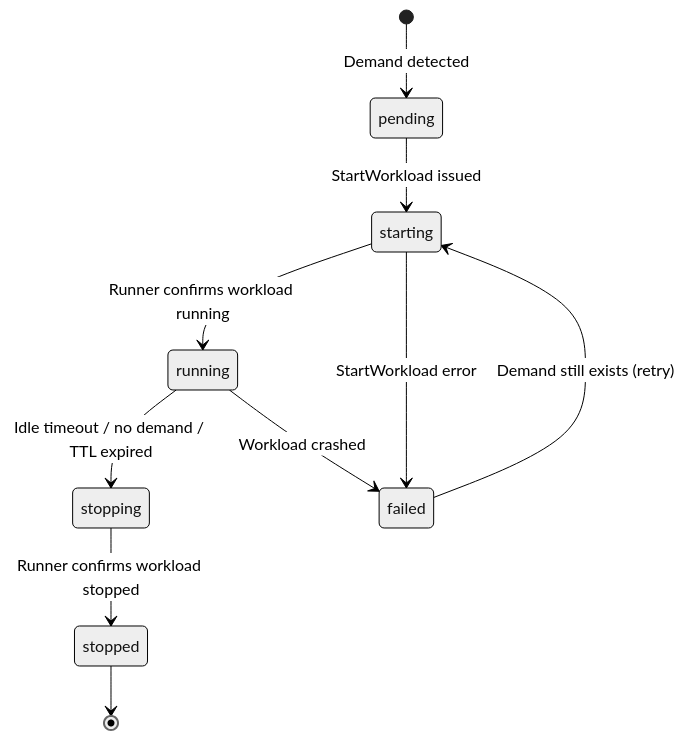
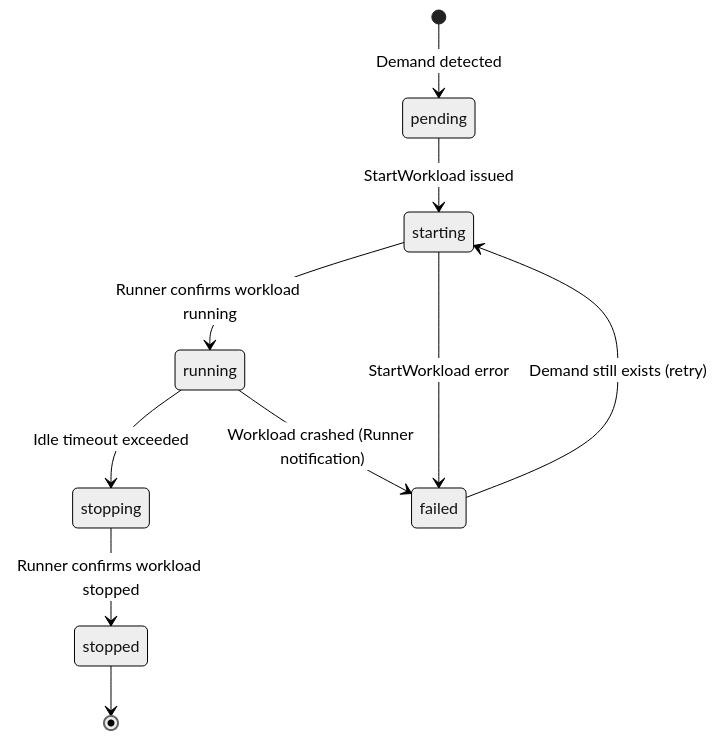
Before and after one commit to agynio/architecture: the second of 3 diagrams in architecture/orchestrator.md, drawn with Mermaid (neutral theme). The commit also changed other lines of this file and 11 other files, not shown here.

````diff
--- a/architecture/orchestrator.md
+++ b/architecture/orchestrator.md
@@ -162,12 +97,12 @@
 ```mermaid
 stateDiagram-v2
     [*] --> pending: Demand detected
     pending --> starting: StartWorkload issued
     starting --> running: Runner confirms workload running
     starting --> failed: StartWorkload error
-    running --> stopping: Idle timeout / no demand / TTL expired
-    running --> failed: Workload crashed
+    running --> stopping: Idle timeout exceeded
+    running --> failed: Workload crashed (Runner notification)
     stopping --> stopped: Runner confirms workload stopped
     failed --> starting: Demand still exists (retry)
     stopped --> [*]
 ```
````
